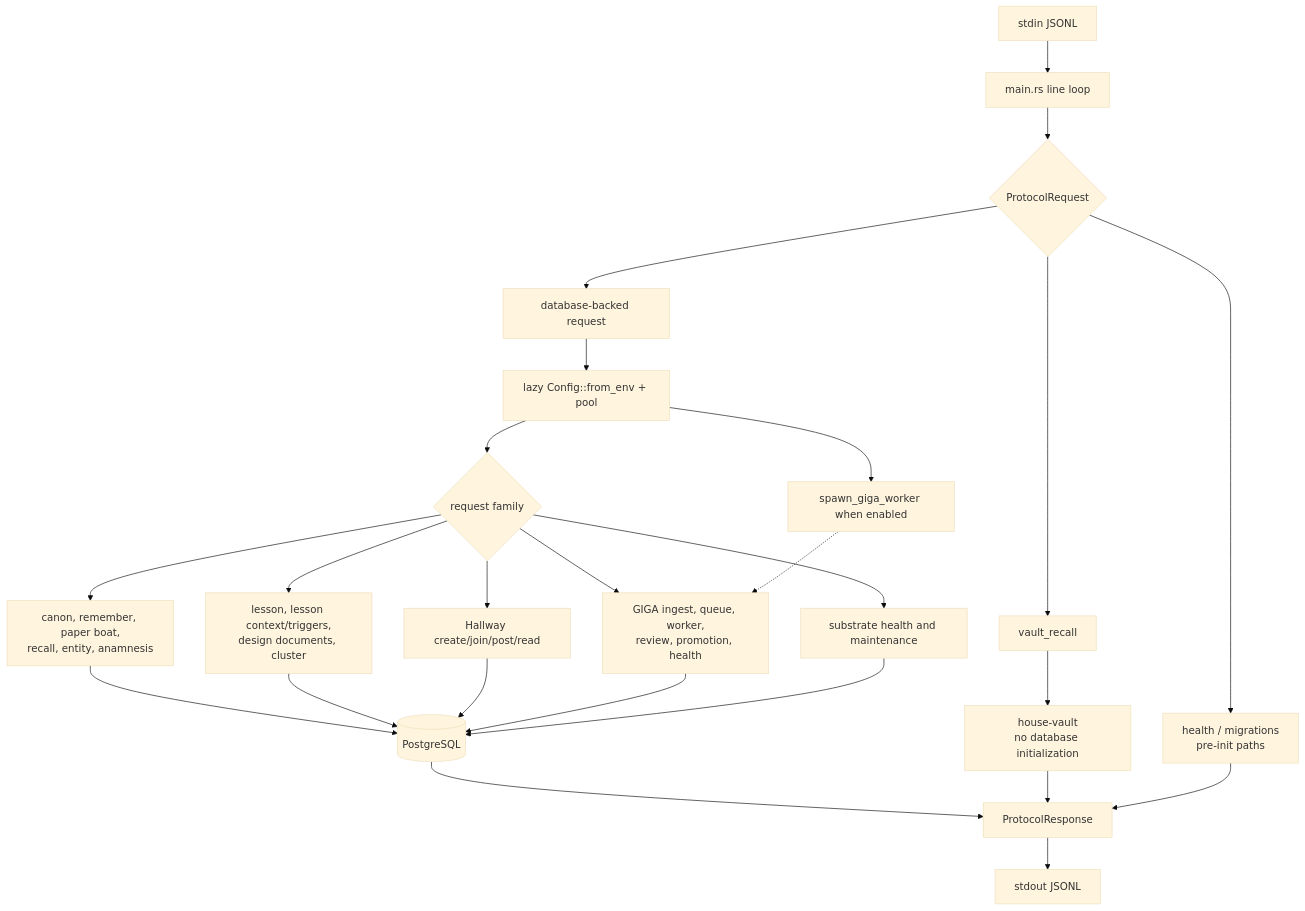
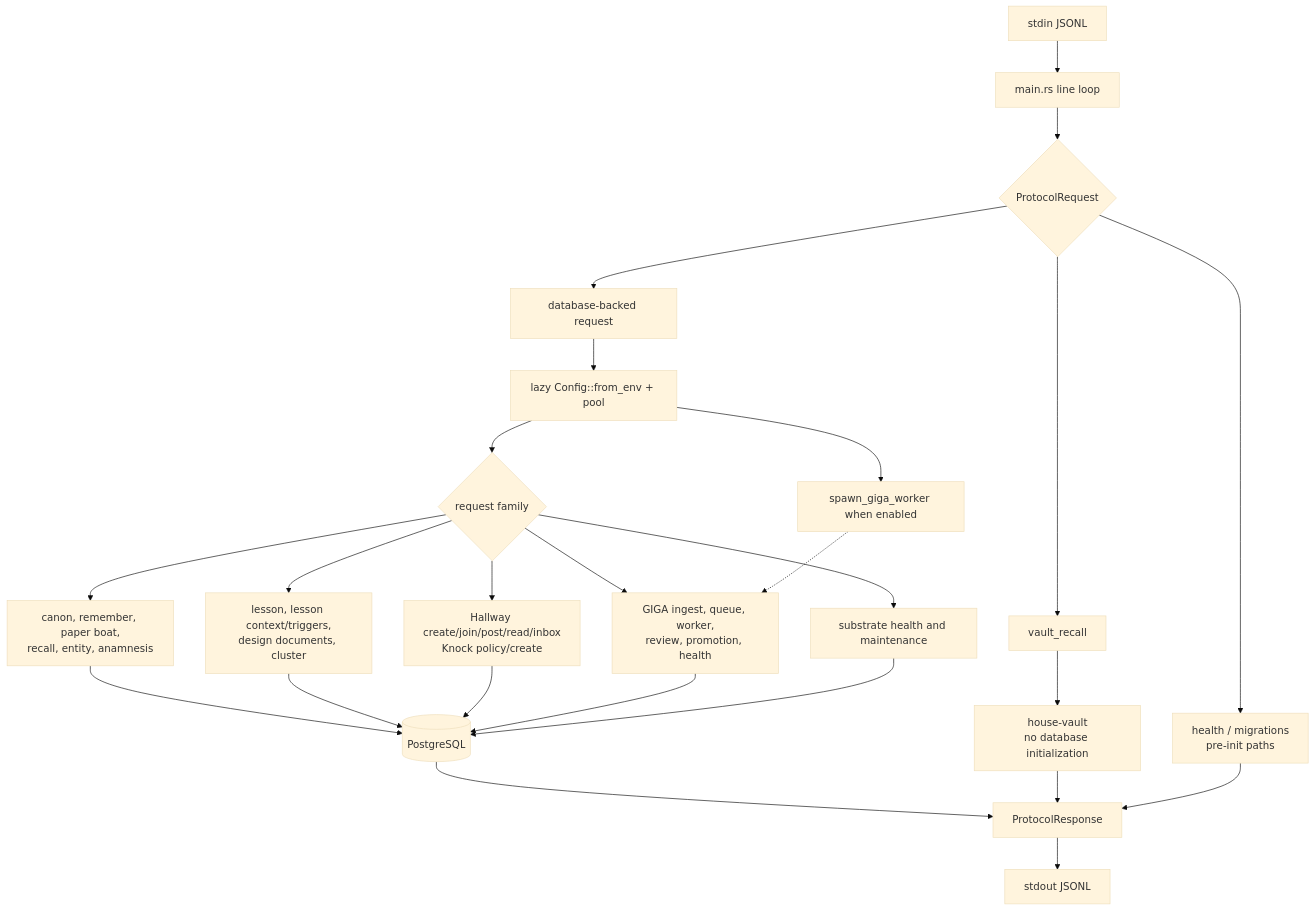
The seventh of 16 diagrams in docs/CODE_FLOW_MAP.md (solarisael/the-athanor), drawn with Mermaid (base theme) before and after one commit. The commit also changed other lines of this file and 72 other files, not shown here.

````diff
--- a/docs/CODE_FLOW_MAP.md
+++ b/docs/CODE_FLOW_MAP.md
@@ -326,33 +336,33 @@
 ```mermaid
 flowchart TD
     Stdin["stdin JSONL"] --> Main["main.rs line loop"]
     Main --> Req{"ProtocolRequest"}
 
     Req --> Vault["vault_recall"]
     Vault --> VaultCrate["house-vault<br/>no database initialization"]
 
     Req --> Pre["health / migrations<br/>pre-init paths"]
 
     Req --> NeedDB["database-backed request"]
     NeedDB --> Lazy["lazy Config::from_env + pool"]
     Lazy --> Worker["spawn_giga_worker when enabled"]
     Lazy --> Router{"request family"}
 
     Router --> Continuity["canon, remember, paper boat,<br/>recall, entity, anamnesis"]
     Router --> Knowledge["lesson, lesson context/triggers,<br/>design documents, cluster"]
-    Router --> Social["Hallway create/join/post/read"]
+    Router --> Social["Hallway create/join/post/read/inbox<br/>Knock policy/create"]
     Router --> Giga["GIGA ingest, queue, worker,<br/>review, promotion, health"]
     Router --> Ops["substrate health and maintenance"]
 
     Continuity --> PG[("PostgreSQL")]
     Knowledge --> PG
     Social --> PG
     Giga --> PG
     Ops --> PG
     Worker -.-> Giga
 
     PG --> Resp["ProtocolResponse"]
     VaultCrate --> Resp
     Pre --> Resp
     Resp --> Stdout["stdout JSONL"]
 ```
````
